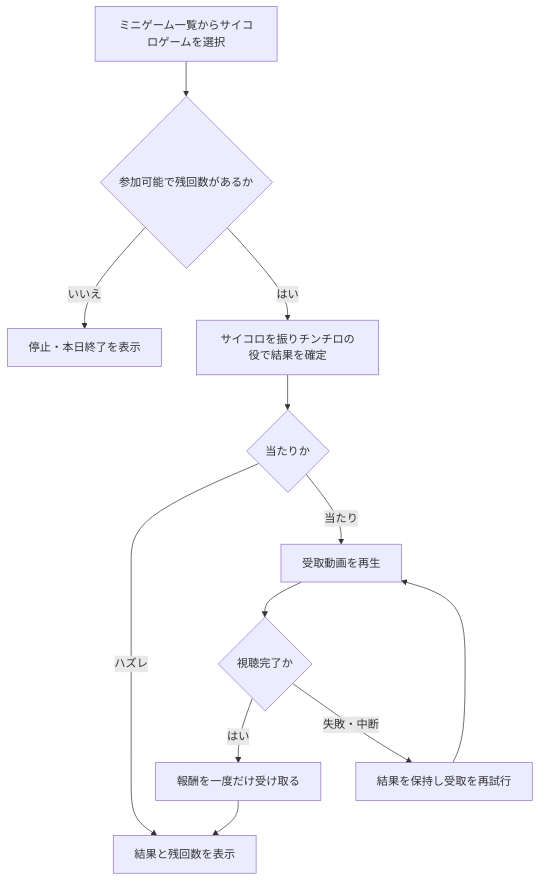
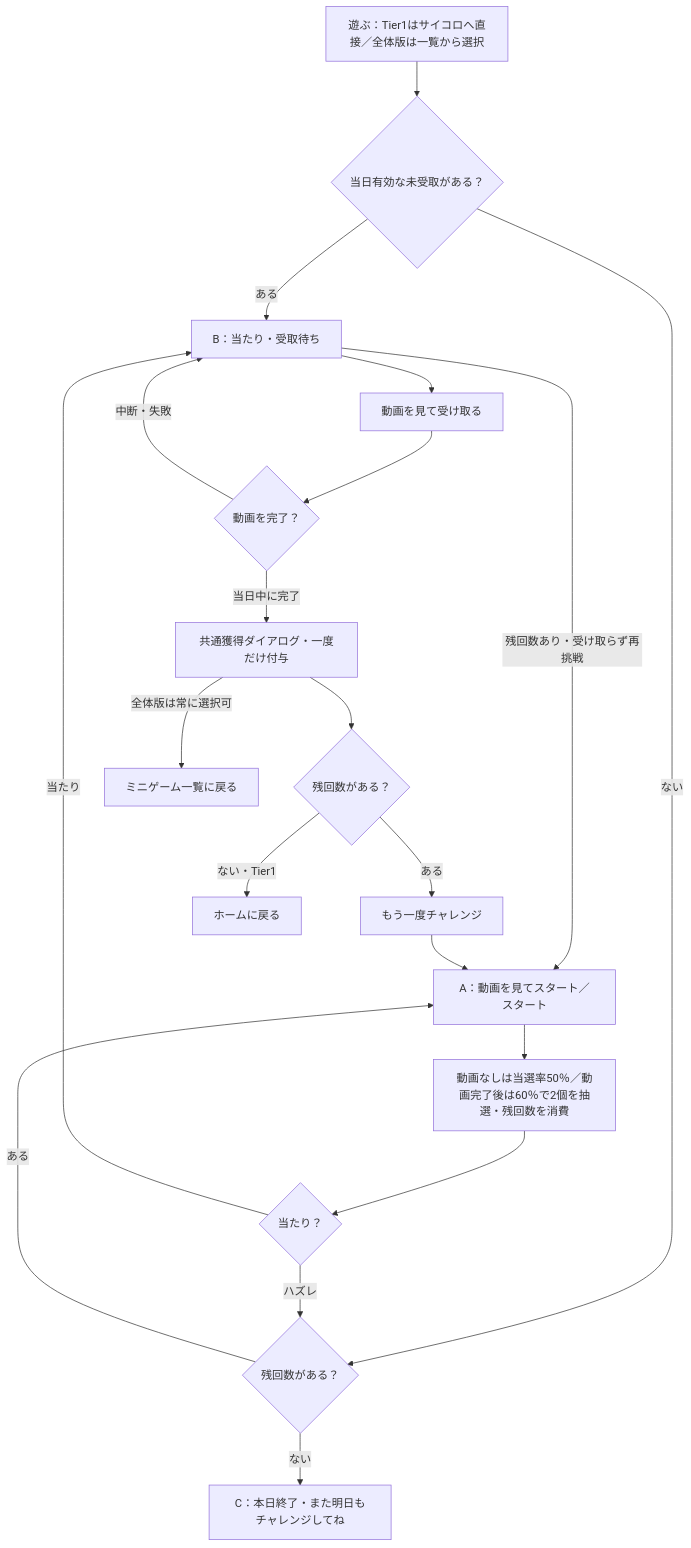
The diagram in docs/prd/features/F11-mini-games.md (Min-Thu-Khant/pochipo-mock-en), drawn with Mermaid before and after one commit. The commit also changed other lines of this file and 16 other files, not shown here.

````diff
--- a/docs/prd/features/F11-mini-games.md
+++ b/docs/prd/features/F11-mini-games.md
@@ -51,14 +71,22 @@
 ```mermaid
 flowchart TD
-  A["ミニゲーム一覧からサイコロゲームを選択"] --> B{"参加可能で残回数があるか"}
-  B -->|いいえ| C["停止・本日終了を表示"]
-  B -->|はい| D["サイコロを振りチンチロの役で結果を確定"]
-  D --> E{"当たりか"}
-  E -->|ハズレ| F["結果と残回数を表示"]
-  E -->|当たり| G["受取動画を再生"]
-  G --> H{"視聴完了か"}
-  H -->|はい| I["報酬を一度だけ受け取る"]
-  I --> F
-  H -->|失敗・中断| J["結果を保持し受取を再試行"]
-  J --> G
+  Entry["遊ぶ：Tier1はサイコロへ直接／全体版は一覧から選択"] --> Held{"当日有効な未受取がある？"}
+  Held -->|ある| B["B：当たり・受取待ち"]
+  Held -->|ない| Left{"残回数がある？"}
+  Left -->|ある| A["A：動画を見てスタート／スタート"]
+  Left -->|ない| C["C：本日終了・また明日もチャレンジしてね"]
+  A --> Draw["動画なしは当選率50％／動画完了後は60％で2個を抽選・残回数を消費"]
+  Draw --> Result{"当たり？"}
+  Result -->|当たり| B
+  Result -->|ハズレ| Left
+  B --> Claim["動画を見て受け取る"]
+  B -->|残回数あり・受け取らず再挑戦| A
+  Claim --> Ad{"動画を完了？"}
+  Ad -->|中断・失敗| B
+  Ad -->|当日中に完了| Paid["共通獲得ダイアログ・一度だけ付与"]
+  Paid --> Next{"残回数がある？"}
+  Next -->|ある| Retry["もう一度チャレンジ"]
+  Retry --> A
+  Paid -->|全体版は常に選択可| List["ミニゲーム一覧に戻る"]
+  Next -->|ない・Tier1| Home["ホームに戻る"]
 ```
````
